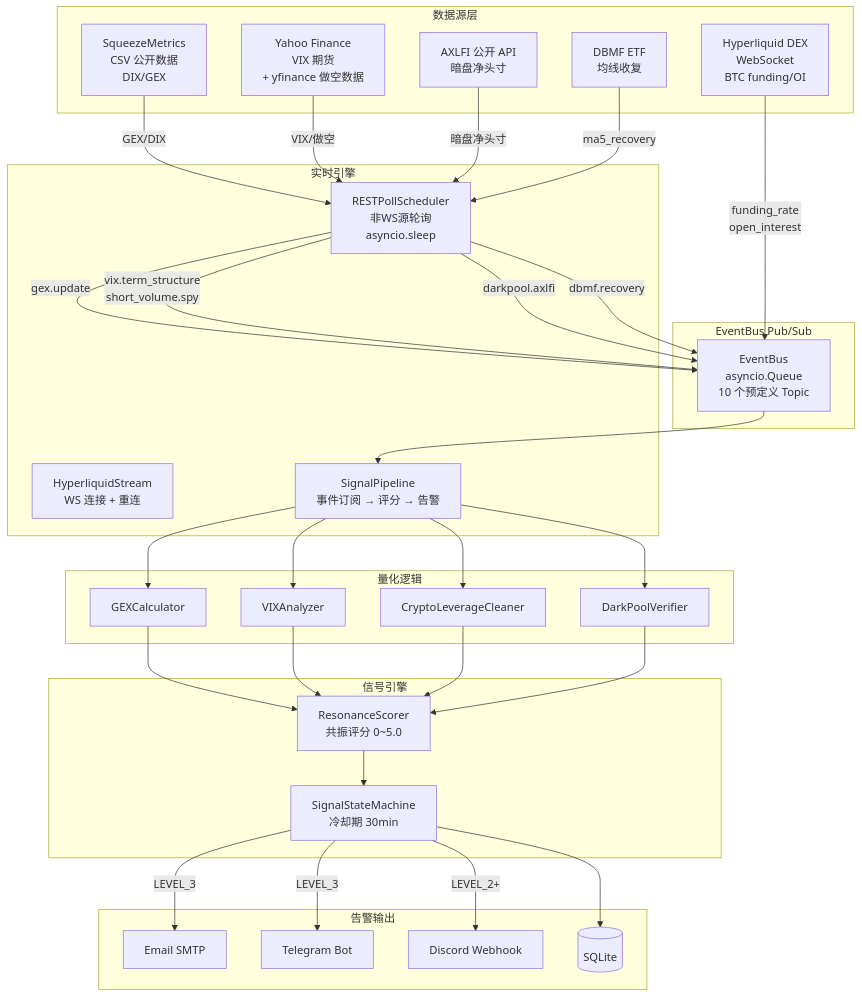
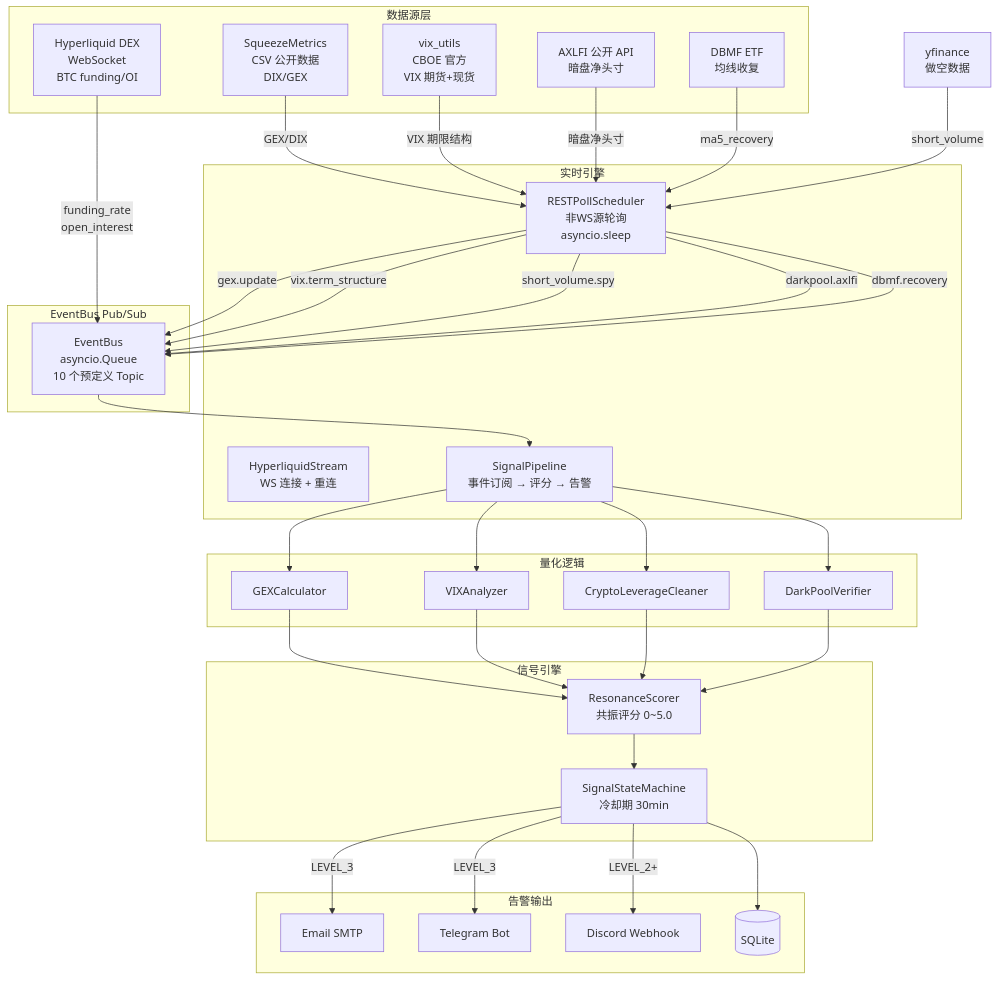
One commit to raymodny-ai/Multi-source-Resonance changed the diagram in README.md. Above: the diagram before and after it, drawn with Mermaid. The commit also changed other lines of this file and 1 other file, not shown here.

````diff
--- a/README.md
+++ b/README.md
@@ -19,62 +20,63 @@
 ```mermaid
 graph TB
     subgraph 数据源层["数据源层"]
         HL[Hyperliquid DEX<br/>WebSocket<br/>BTC funding/OI]
         SQZ[SqueezeMetrics<br/>CSV 公开数据<br/>DIX/GEX]
-        YF[Yahoo Finance<br/>VIX 期货<br/>+ yfinance 做空数据]
+        VX[vix_utils<br/>CBOE 官方<br/>VIX 期货+现货]
         AXL[AXLFI 公开 API<br/>暗盘净头寸]
         DBMF[DBMF ETF<br/>均线收复]
     end
 
     subgraph 传输层["EventBus Pub/Sub"]
         EB[EventBus<br/>asyncio.Queue<br/>10 个预定义 Topic]
     end
 
     subgraph 引擎层["实时引擎"]
         HLWS[HyperliquidStream<br/>WS 连接 + 重连]
         RSS[RESTPollScheduler<br/>非WS源轮询<br/>asyncio.sleep]
         SP[SignalPipeline<br/>事件订阅 → 评分 → 告警]
     end
 
     subgraph 计算层["量化逻辑"]
         GEX_C[GEXCalculator]
         VIX_A[VIXAnalyzer]
         CL_C[CryptoLeverageCleaner]
         DP_V[DarkPoolVerifier]
     end
 
     subgraph 信号层["信号引擎"]
         RS[ResonanceScorer<br/>共振评分 0~5.0]
         SM[SignalStateMachine<br/>冷却期 30min]
     end
 
     subgraph 输出层["告警输出"]
         EM[Email SMTP]
         TG[Telegram Bot]
         DC[Discord Webhook]
         DB[(SQLite)]
     end
 
     HL -->|funding_rate<br/>open_interest| EB
     SQZ -->|GEX/DIX| RSS -->|gex.update| EB
-    YF -->|VIX/做空| RSS -->|vix.term_structure<br/>short_volume.spy| EB
+    VX -->|VIX 期限结构| RSS -->|vix.term_structure| EB
+    YF[yfinance<br/>做空数据] -->|short_volume| RSS -->|short_volume.spy| EB
     AXL -->|暗盘净头寸| RSS -->|darkpool.axlfi| EB
     DBMF -->|ma5_recovery| RSS -->|dbmf.recovery| EB
 
     EB --> SP
     SP --> GEX_C
     SP --> VIX_A
     SP --> CL_C
     SP --> DP_V
 
     GEX_C --> RS
     VIX_A --> RS
     CL_C --> RS
     DP_V --> RS
 
     RS --> SM
     SM -->|LEVEL_3| EM
     SM -->|LEVEL_3| TG
     SM -->|LEVEL_2+| DC
     SM --> DB
 ```
````
